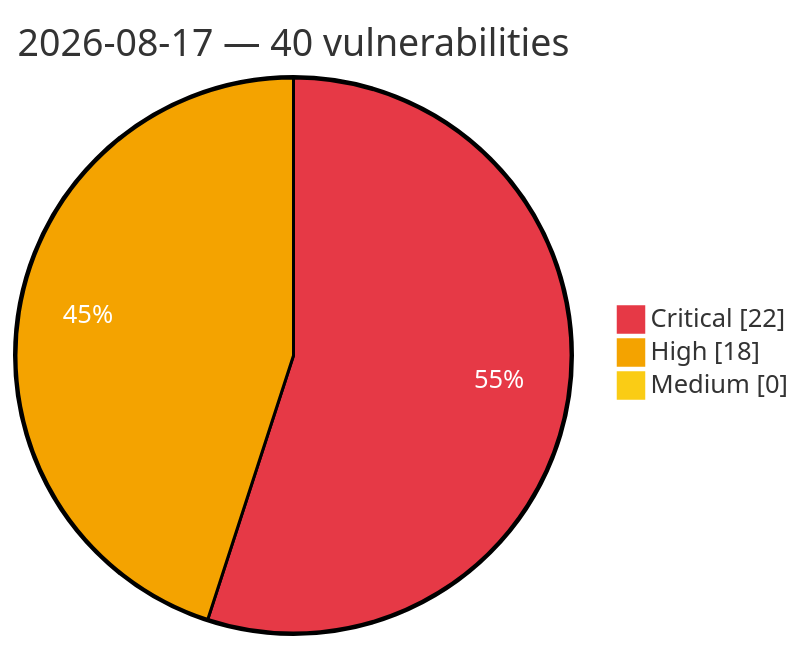
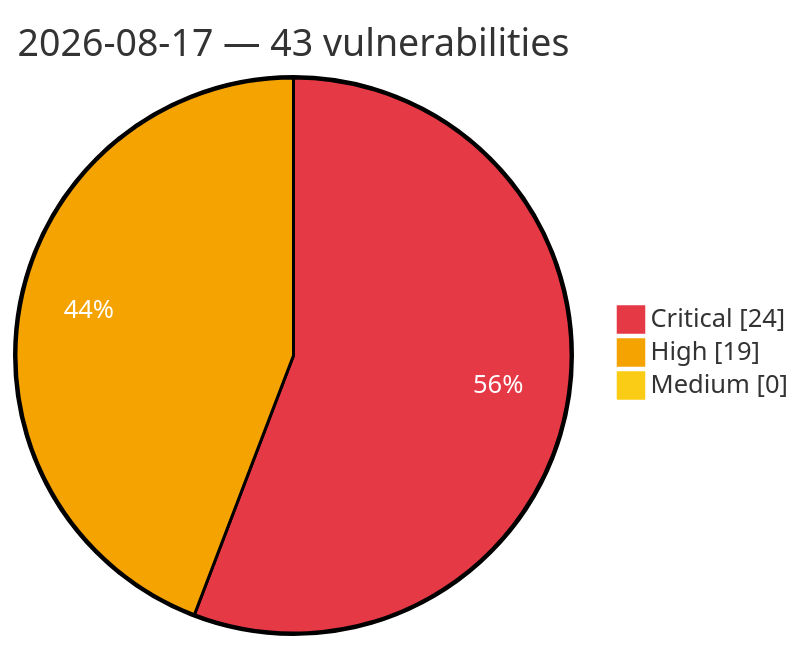
The diagram in vulnerabilities/2026/August/2026-08-17.md (GhostX0X/vuln-tracker), drawn with Mermaid before and after one commit. The commit also changed other lines of this file and 5 other files, not shown here.

Commit message:
Auto update: critical/high vulns (2026-08-17 15:04 UTC)

````diff
--- a/vulnerabilities/2026/August/2026-08-17.md
+++ b/vulnerabilities/2026/August/2026-08-17.md
@@ -3,8 +3,8 @@
 ```mermaid
 %%{init: {'theme':'base', 'themeVariables': {'pie1':'#e63946', 'pie2':'#f4a300', 'pie3':'#facc15', 'pieOpacity':'1', 'pieOuterStrokeWidth':'2px', 'pieSectionTextColor':'#ffffff'}}}%%
 pie showData
-    title 2026-08-17 — 40 vulnerabilities
-    "Critical" : 22
-    "High" : 18
+    title 2026-08-17 — 43 vulnerabilities
+    "Critical" : 24
+    "High" : 19
     "Medium" : 0
 ```
````
